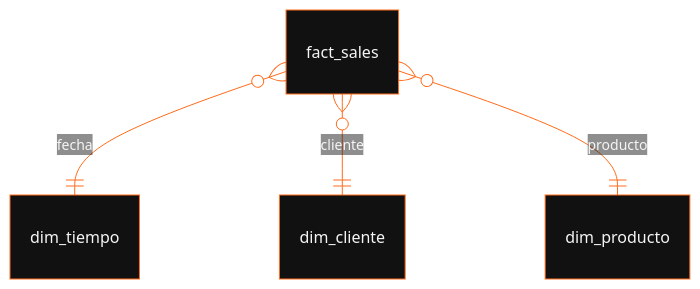
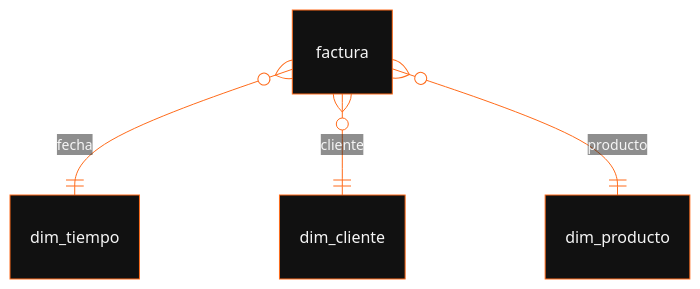
The second of 2 diagrams in README.md (CaletOrtiz/sql-datawarehouse-project), drawn with Mermaid before and after one commit. The commit also changed other lines of this file and 13 other files, not shown here.

````diff
--- a/README.md
+++ b/README.md
@@ -50,7 +50,7 @@
 ```mermaid
 %%{init: {'theme':'base','themeVariables':{'primaryColor':'#111111','primaryTextColor':'#F5F5F5','primaryBorderColor':'#FF6B1A','lineColor':'#FF6B1A'}}}%%
 erDiagram
-  fact_sales }o--|| dim_tiempo : fecha
-  fact_sales }o--|| dim_cliente : cliente
-  fact_sales }o--|| dim_producto : producto
+  factura }o--|| dim_tiempo : fecha
+  factura }o--|| dim_cliente : cliente
+  factura }o--|| dim_producto : producto
 ```
````
